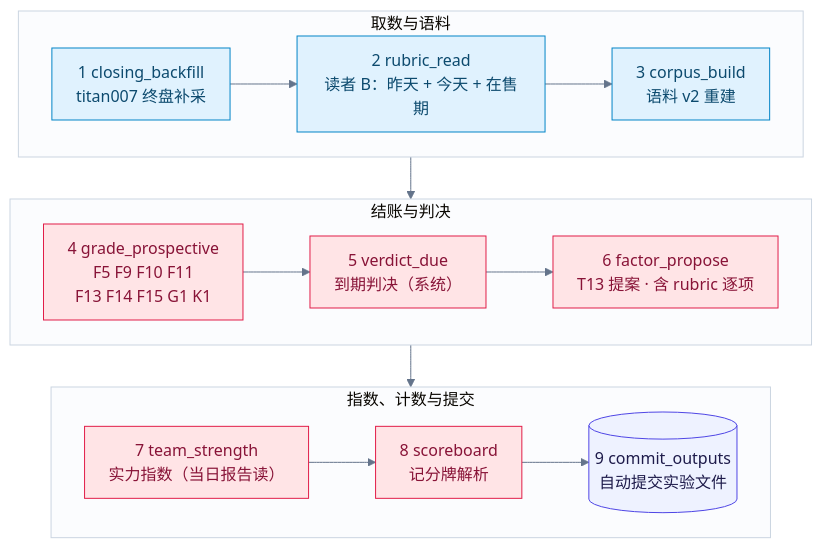
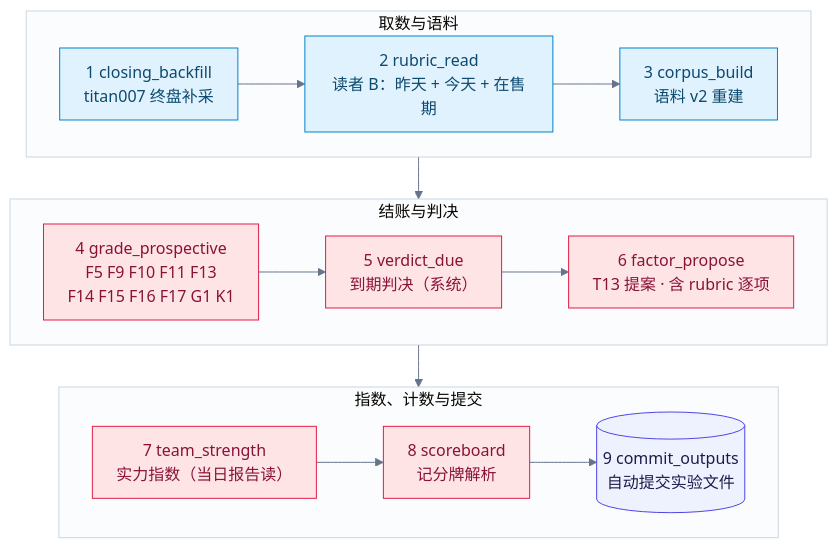
The ninth of 11 diagrams in docs/ARCHITECTURE.md (Jerenus/Nutmeg), drawn with Mermaid before and after one commit. The commit also changed other lines of this file and 71 other files, not shown here.

````diff
--- a/docs/ARCHITECTURE.md
+++ b/docs/ARCHITECTURE.md
@@ -489,24 +492,24 @@
 ```mermaid
 %%{init: {"theme": "base", "themeVariables": {"fontSize": "16px", "lineColor": "#64748B", "clusterBkg": "#FBFCFE", "clusterBorder": "#CBD5E1", "edgeLabelBackground": "#FFFFFF", "primaryTextColor": "#0F172A"}, "flowchart": {"curve": "basis", "padding": 12, "nodeSpacing": 30, "rankSpacing": 42}}}%%
 flowchart TB
   subgraph IN["取数与语料"]
     direction LR
     L1["1 closing_backfill<br/>titan007 终盘补采"] --> L2["2 rubric_read<br/>读者 B：昨天 + 今天 + 在售期"] --> L3["3 corpus_build<br/>语料 v2 重建"]
   end
   subgraph JUDGE["结账与判决"]
     direction LR
-    L4["4 grade_prospective<br/>F5 F9 F10 F11<br/>F13 F14 F15 G1 K1"] --> L5["5 verdict_due<br/>到期判决（系统）"] --> L6["6 factor_propose<br/>T13 提案 · 含 rubric 逐项"]
+    L4["4 grade_prospective<br/>F5 F9 F10 F11 F13<br/>F14 F15 F16 F17 G1 K1"] --> L5["5 verdict_due<br/>到期判决（系统）"] --> L6["6 factor_propose<br/>T13 提案 · 含 rubric 逐项"]
   end
   subgraph CMP["指数、计数与提交"]
     direction LR
     L7["7 team_strength<br/>实力指数（当日报告读）"] --> L8["8 scoreboard<br/>记分牌解析"] --> L9[("9 commit_outputs<br/>自动提交实验文件")]
   end
   IN --> JUDGE --> CMP
 
   classDef ing fill:#E0F2FE,stroke:#0284C7,color:#0C4A6E
   classDef exp fill:#FFE4E6,stroke:#E11D48,color:#881337
   classDef store fill:#EEF2FF,stroke:#4F46E5,color:#1E1B4B
   class L1,L2,L3 ing
   class L4,L5,L6,L7,L8 exp
   class L9 store
 ```
````
